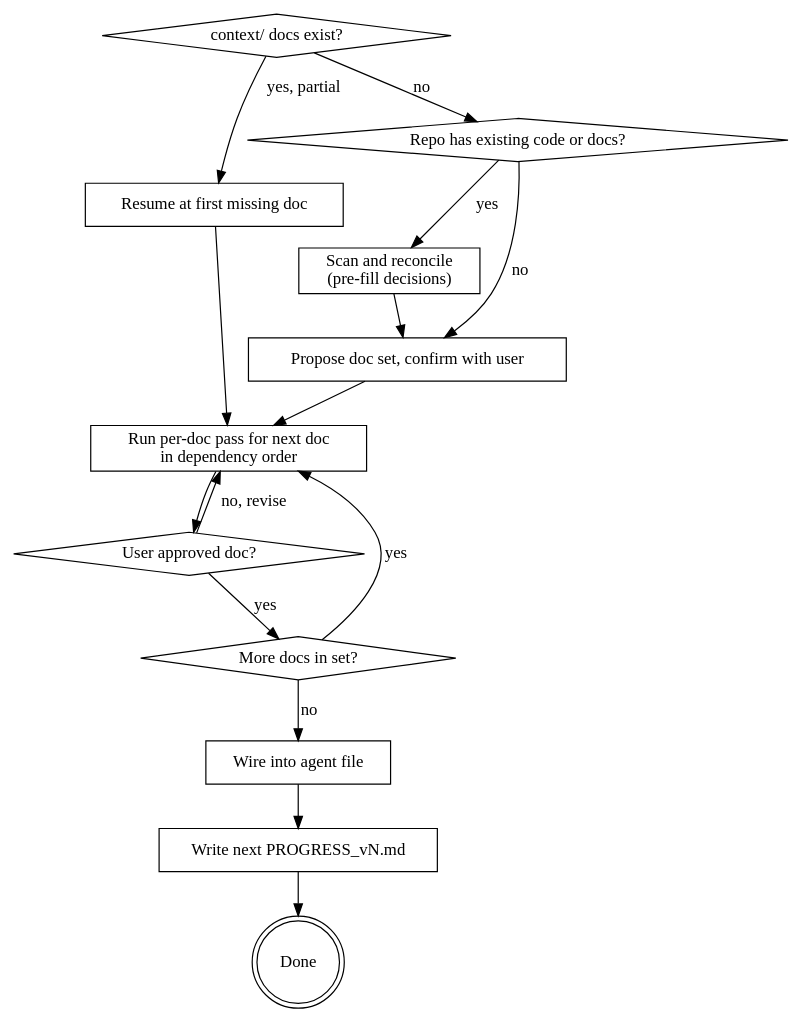
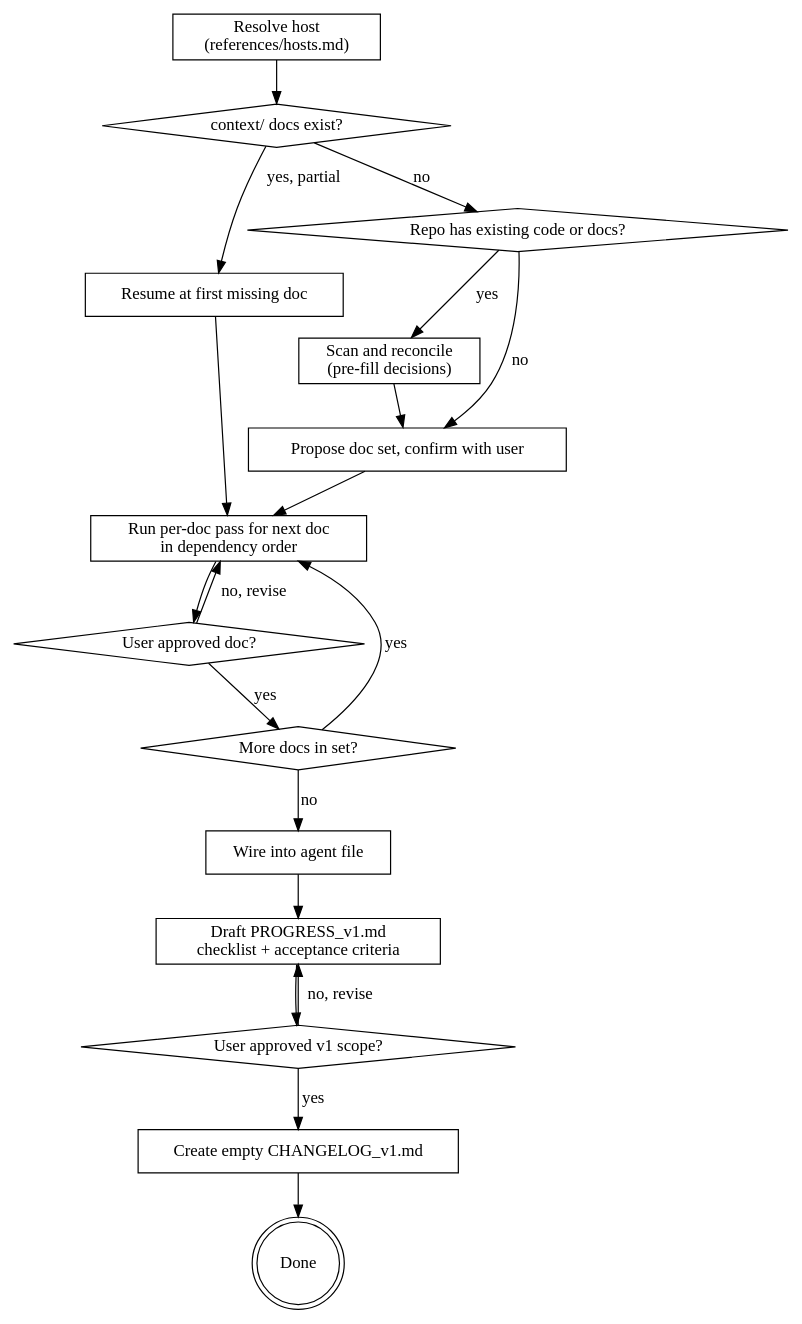
One commit to gbcstro/context-docs-kit changed the diagram in skills/bootstrapping-context-docs/SKILL.md. Above: the diagram before and after it, drawn with Graphviz. The commit also changed other lines of this file and 52 other files, not shown here.

````diff
--- a/skills/bootstrapping-context-docs/SKILL.md
+++ b/skills/bootstrapping-context-docs/SKILL.md
@@ -55,30 +54,37 @@
 ```dot
 digraph bootstrap {
+    "Resolve host\n(references/hosts.md)" [shape=box];
     "context/ docs exist?" [shape=diamond];
     "Resume at first missing doc" [shape=box];
     "Repo has existing code or docs?" [shape=diamond];
     "Scan and reconcile\n(pre-fill decisions)" [shape=box];
     "Propose doc set, confirm with user" [shape=box];
     "Run per-doc pass for next doc\nin dependency order" [shape=box];
     "User approved doc?" [shape=diamond];
     "More docs in set?" [shape=diamond];
     "Wire into agent file" [shape=box];
-    "Write next PROGRESS_vN.md" [shape=box];
+    "Draft PROGRESS_v1.md\nchecklist + acceptance criteria" [shape=box];
+    "User approved v1 scope?" [shape=diamond];
+    "Create empty CHANGELOG_v1.md" [shape=box];
     "Done" [shape=doublecircle];
 
+    "Resolve host\n(references/hosts.md)" -> "context/ docs exist?";
     "context/ docs exist?" -> "Resume at first missing doc" [label="yes, partial"];
     "context/ docs exist?" -> "Repo has existing code or docs?" [label="no"];
     "Repo has existing code or docs?" -> "Scan and reconcile\n(pre-fill decisions)" [label="yes"];
     "Repo has existing code or docs?" -> "Propose doc set, confirm with user" [label="no"];
     "Scan and reconcile\n(pre-fill decisions)" -> "Propose doc set, confirm with user";
     "Resume at first missing doc" -> "Run per-doc pass for next doc\nin dependency order";
     "Propose doc set, confirm with user" -> "Run per-doc pass for next doc\nin dependency order";
     "Run per-doc pass for next doc\nin dependency order" -> "User approved doc?";
     "User approved doc?" -> "Run per-doc pass for next doc\nin dependency order" [label="no, revise"];
     "User approved doc?" -> "More docs in set?" [label="yes"];
     "More docs in set?" -> "Run per-doc pass for next doc\nin dependency order" [label="yes"];
     "More docs in set?" -> "Wire into agent file" [label="no"];
-    "Wire into agent file" -> "Write next PROGRESS_vN.md";
-    "Write next PROGRESS_vN.md" -> "Done";
+    "Wire into agent file" -> "Draft PROGRESS_v1.md\nchecklist + acceptance criteria";
+    "Draft PROGRESS_v1.md\nchecklist + acceptance criteria" -> "User approved v1 scope?";
+    "User approved v1 scope?" -> "Draft PROGRESS_v1.md\nchecklist + acceptance criteria" [label="no, revise"];
+    "User approved v1 scope?" -> "Create empty CHANGELOG_v1.md" [label="yes"];
+    "Create empty CHANGELOG_v1.md" -> "Done";
 }
 ```
````
